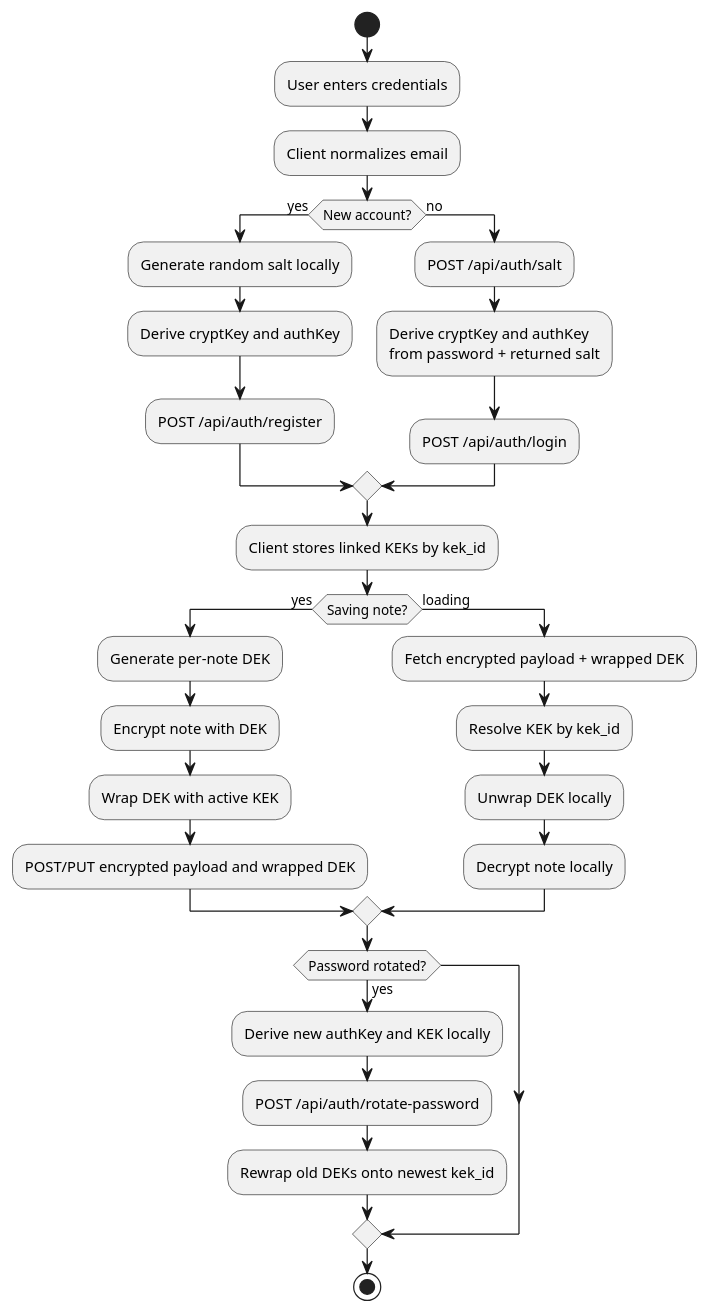
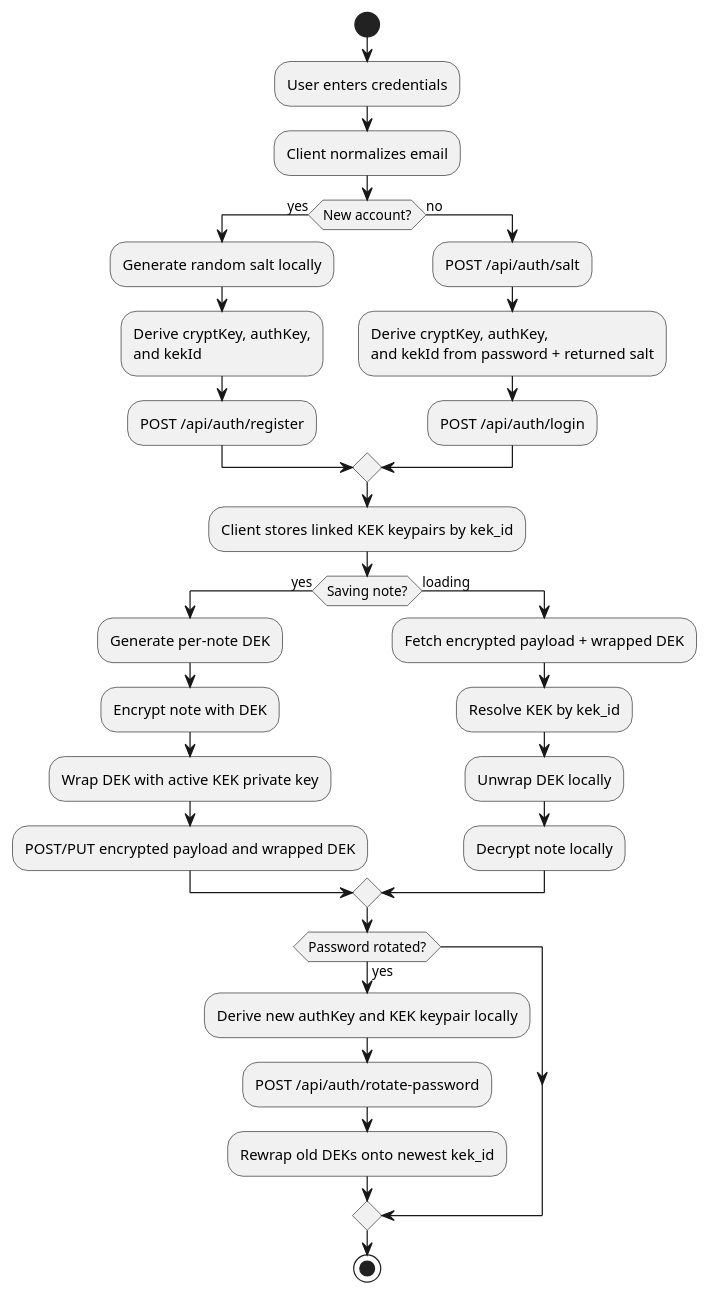
The second of 2 diagrams in apps/docs/docs/auth-e2ee.md (benedikt-weyer/preset-reactnative-expo-frontend-rust-backend-e2ee-github), drawn with PlantUML before and after one commit. The commit also changed other lines of this file and 31 other files, not shown here.

First line of the commit message:
feat!: implement asymmetric KEK keypair management and encryption

````diff
--- a/apps/docs/docs/auth-e2ee.md
+++ b/apps/docs/docs/auth-e2ee.md
@@ -85,40 +86,41 @@
 ```plantuml format="svg_inline" alt="Top-level auth and note lifecycle" title="Top-level auth and note lifecycle"
 @startuml
 start
 :User enters credentials;
 :Client normalizes email;
 
 if (New account?) then (yes)
    :Generate random salt locally;
-   :Derive cryptKey and authKey;
+   :Derive cryptKey, authKey,
+   and kekId;
    :POST /api/auth/register;
 else (no)
    :POST /api/auth/salt;
-   :Derive cryptKey and authKey
-   from password + returned salt;
+   :Derive cryptKey, authKey,
+   and kekId from password + returned salt;
    :POST /api/auth/login;
 endif
 
-:Client stores linked KEKs by kek_id;
+:Client stores linked KEK keypairs by kek_id;
 
 if (Saving note?) then (yes)
    :Generate per-note DEK;
    :Encrypt note with DEK;
-   :Wrap DEK with active KEK;
+   :Wrap DEK with active KEK private key;
    :POST/PUT encrypted payload and wrapped DEK;
 else (loading)
    :Fetch encrypted payload + wrapped DEK;
    :Resolve KEK by kek_id;
    :Unwrap DEK locally;
    :Decrypt note locally;
 endif
 
 if (Password rotated?) then (yes)
-   :Derive new authKey and KEK locally;
+   :Derive new authKey and KEK keypair locally;
    :POST /api/auth/rotate-password;
    :Rewrap old DEKs onto newest kek_id;
 endif
 
 stop
 @enduml
 ```
````
